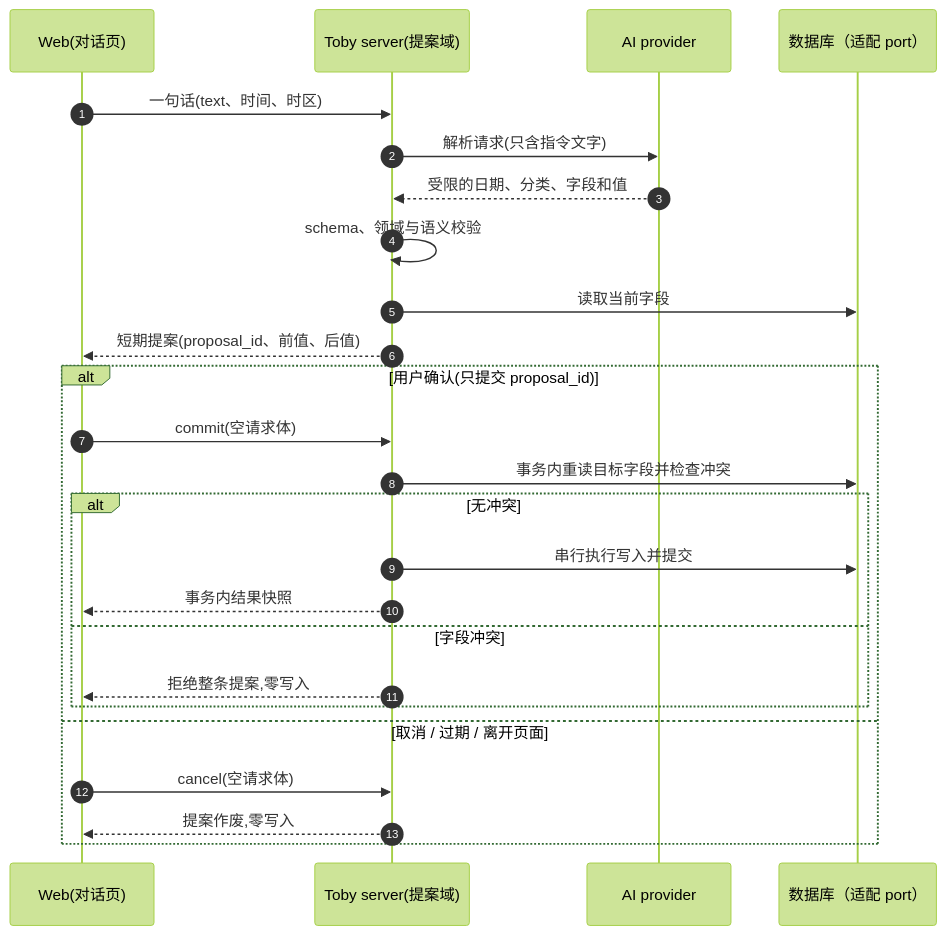
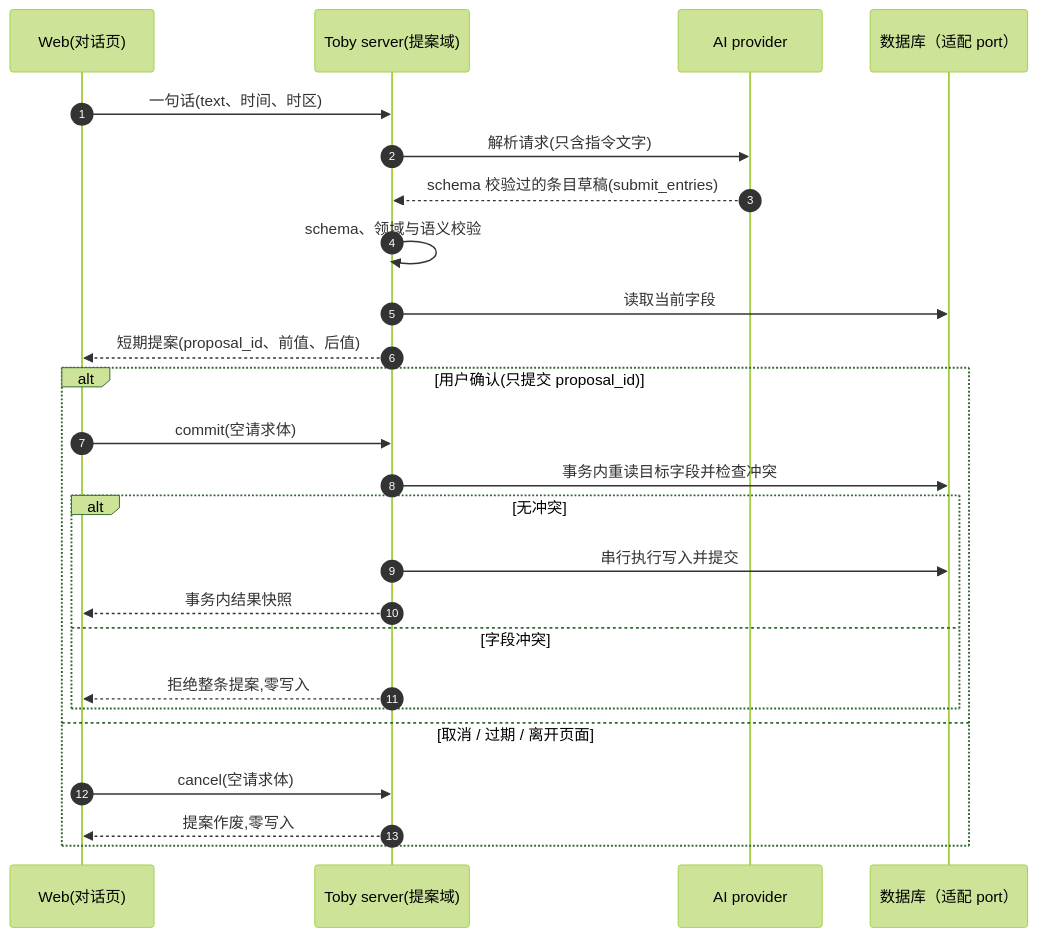
Before and after one commit to dengyusys/toby: the second of 3 diagrams in docs/system-overview.zh.md, drawn with Mermaid (forest theme). The commit also changed other lines of this file and 46 other files, not shown here.

````diff
--- a/docs/system-overview.zh.md
+++ b/docs/system-overview.zh.md
@@ -86,29 +86,29 @@
 ```mermaid
 sequenceDiagram
     autonumber
     participant W as Web(对话页)
     participant S as Toby server(提案域)
     participant A as AI provider
     participant D as 数据库（适配 port）
 
     W->>S: 一句话(text、时间、时区)
     S->>A: 解析请求(只含指令文字)
-    A-->>S: 受限的日期、分类、字段和值
+    A-->>S: schema 校验过的条目草稿(submit_entries)
     S->>S: schema、领域与语义校验
     S->>D: 读取当前字段
     S-->>W: 短期提案(proposal_id、前值、后值)
 
     alt 用户确认(只提交 proposal_id)
         W->>S: commit(空请求体)
         S->>D: 事务内重读目标字段并检查冲突
         alt 无冲突
             S->>D: 串行执行写入并提交
             S-->>W: 事务内结果快照
         else 字段冲突
             S-->>W: 拒绝整条提案,零写入
         end
     else 取消 / 过期 / 离开页面
         W->>S: cancel(空请求体)
         S-->>W: 提案作废,零写入
     end
 ```
````
